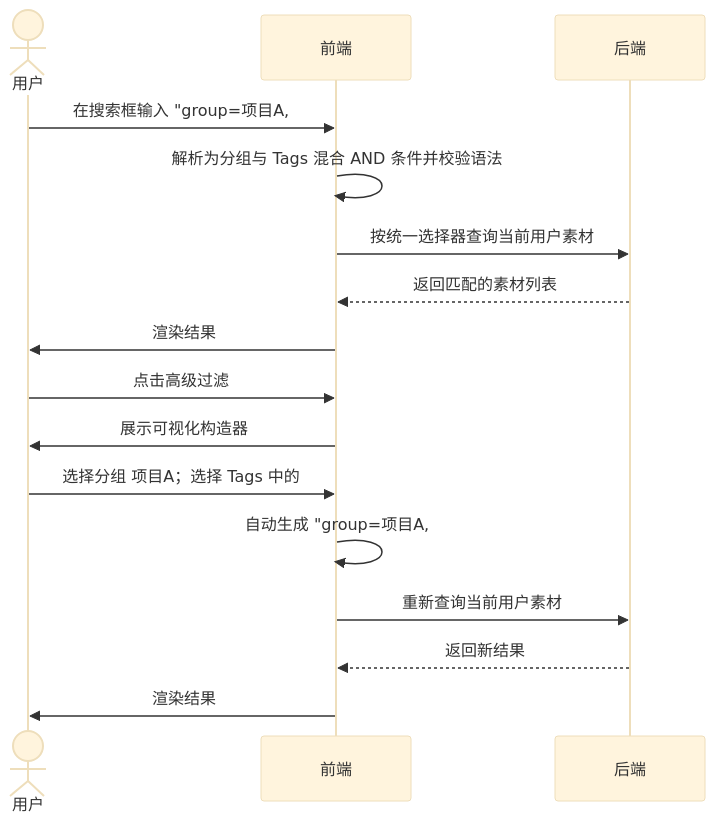
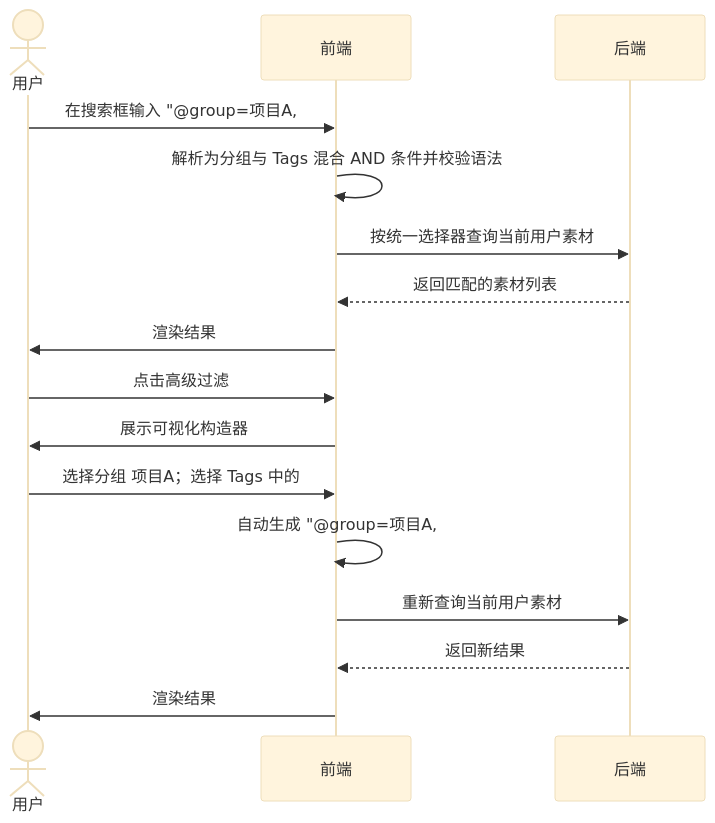
One commit to wangweihong/omnimam-spec changed the sixth of 9 diagrams in 00_product/domains/asset-library/product-spec.md. Above: the diagram before and after it, drawn with Mermaid (base theme). The commit also changed other lines of this file and 7 other files, not shown here.

````diff
--- a/00_product/domains/asset-library/product-spec.md
+++ b/00_product/domains/asset-library/product-spec.md
@@ -599,20 +604,20 @@
 ```mermaid
 sequenceDiagram
     actor U as 用户
     participant UI as 前端
     participant BE as 后端
 
-    U->>UI: 在搜索框输入 "group=项目A, #人物"
+    U->>UI: 在搜索框输入 "@group=项目A, #人物"
     UI->>UI: 解析为分组与 Tags 混合 AND 条件并校验语法
     UI->>BE: 按统一选择器查询当前用户素材
     BE-->>UI: 返回匹配的素材列表
     UI->>U: 渲染结果
 
     U->>UI: 点击高级过滤
     UI->>U: 展示可视化构造器
     U->>UI: 选择分组 项目A；选择 Tags 中的 #人物
-    UI->>UI: 自动生成 "group=项目A, #人物"
+    UI->>UI: 自动生成 "@group=项目A, #人物"
     UI->>BE: 重新查询当前用户素材
     BE-->>UI: 返回新结果
     UI->>U: 渲染结果
 ```
````
